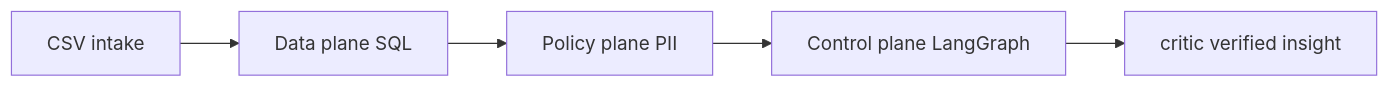
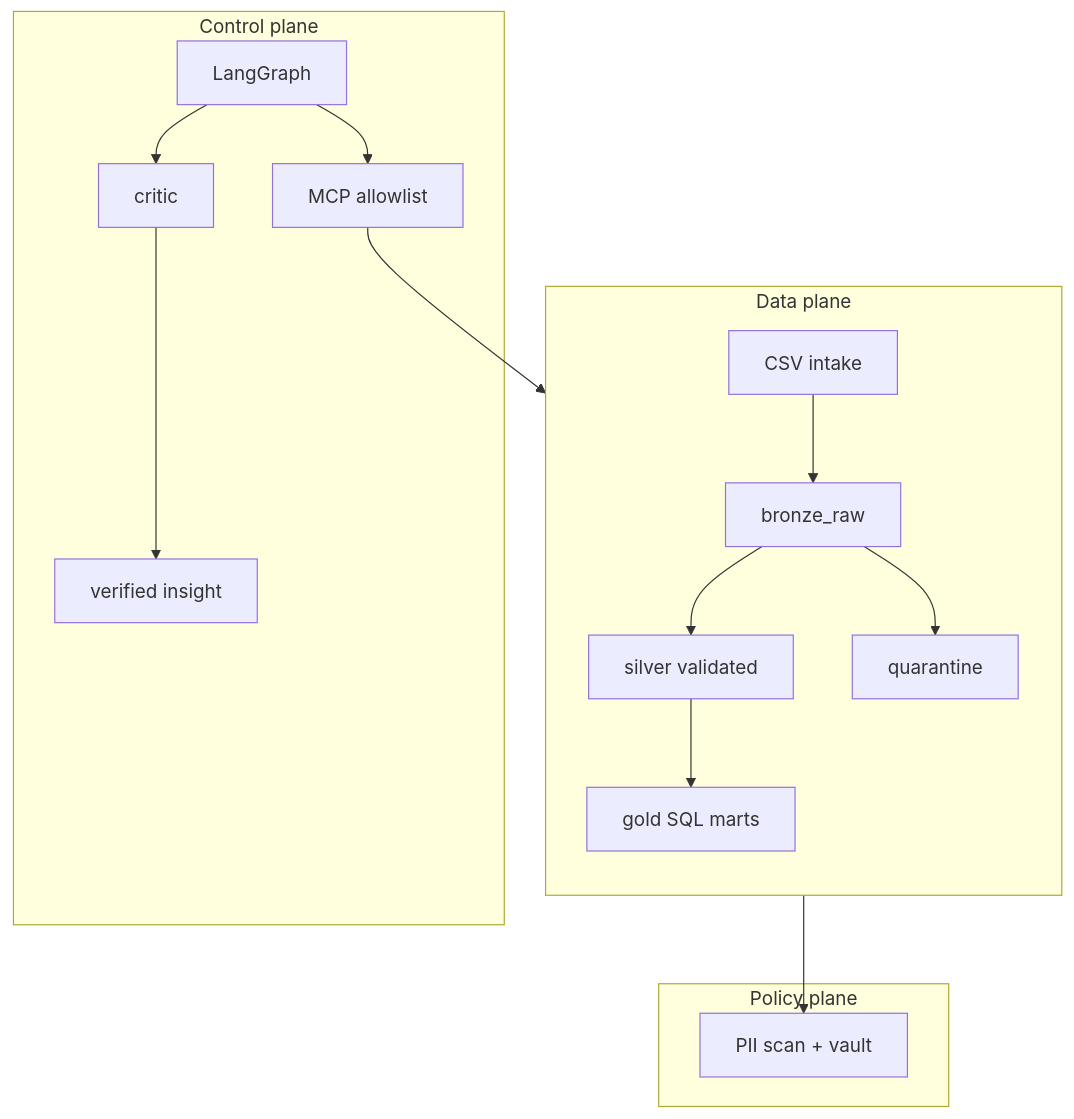
One commit to khaosans/operator-etl changed the second of 4 diagrams in README.md. Above: the diagram before and after it, drawn with Mermaid. The commit also changed other lines of this file and 27 other files, not shown here.

First line of the commit message:
Open source under Apache-2.0 with educational docs and diagrams.

````diff
--- a/README.md
+++ b/README.md
@@ -29,7 +42,23 @@
 ```mermaid
-flowchart LR
-  CSV[CSV intake] --> Data[Data plane SQL]
-  Data --> Policy[Policy plane PII]
-  Policy --> Control[Control plane LangGraph]
-  Control --> Insight[critic verified insight]
+flowchart TB
+  subgraph data [Data plane]
+    direction TB
+    CSV[CSV intake] --> Bronze[bronze_raw]
+    Bronze --> Silver[silver validated]
+    Bronze --> Quarantine[quarantine]
+    Silver --> Gold[gold SQL marts]
+  end
+
+  subgraph policy [Policy plane]
+    PII[PII scan + vault]
+    Bronze --> PII
+  end
+
+  subgraph control [Control plane]
+    Graph[LangGraph]
+    MCP[MCP allowlist]
+    Critic[critic]
+    Graph --> MCP --> Gold
+    Graph --> Critic --> Insight[verified insight]
+  end
 ```
````
